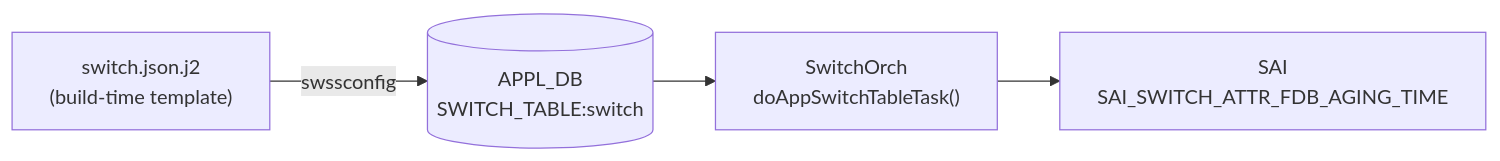
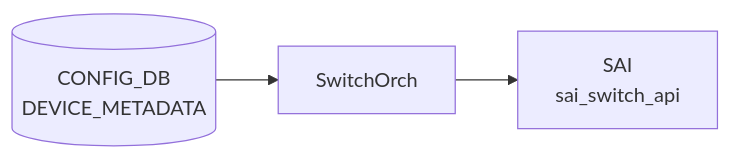
The diagram in docs/reference/config-db/fdb-aging.md (aoki-taquan/sonic-unofficial-docs), drawn with Mermaid before and after one commit. The commit also changed other lines of this file and 359 other files, not shown here.

````diff
--- a/docs/reference/config-db/fdb-aging.md
+++ b/docs/reference/config-db/fdb-aging.md
@@ -33,11 +33,8 @@
 ```mermaid
 flowchart LR
-  J2["switch.json.j2<br/>(build-time template)"]
-  APPDB[("APPL_DB<br/>SWITCH_TABLE:switch")]
-  SO["SwitchOrch<br/>doAppSwitchTableTask()"]
-  SAI["SAI<br/>SAI_SWITCH_ATTR_FDB_AGING_TIME"]
-
-  J2 -->|swssconfig| APPDB
-  APPDB --> SO
-  SO --> SAI
+  CDB[("CONFIG_DB<br/>DEVICE_METADATA")]
+  DM["SwitchOrch"]
+  CDB --> DM
+  SAI["SAI<br/>sai_switch_api"]
+  DM --> SAI
 ```
````
